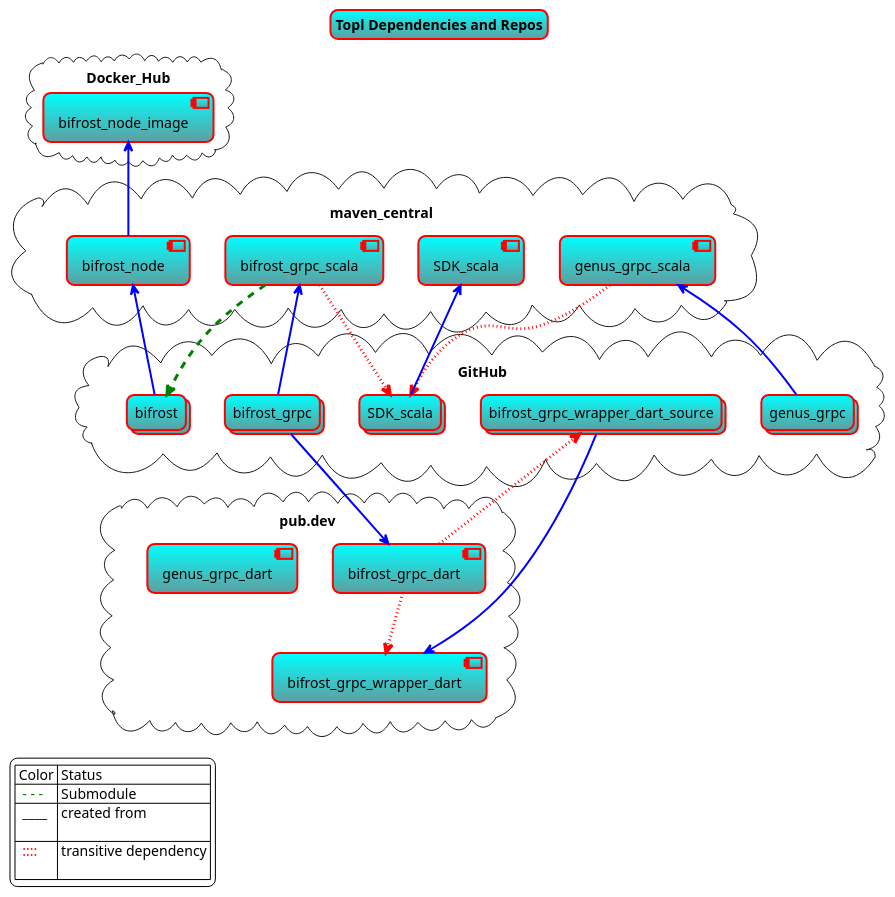
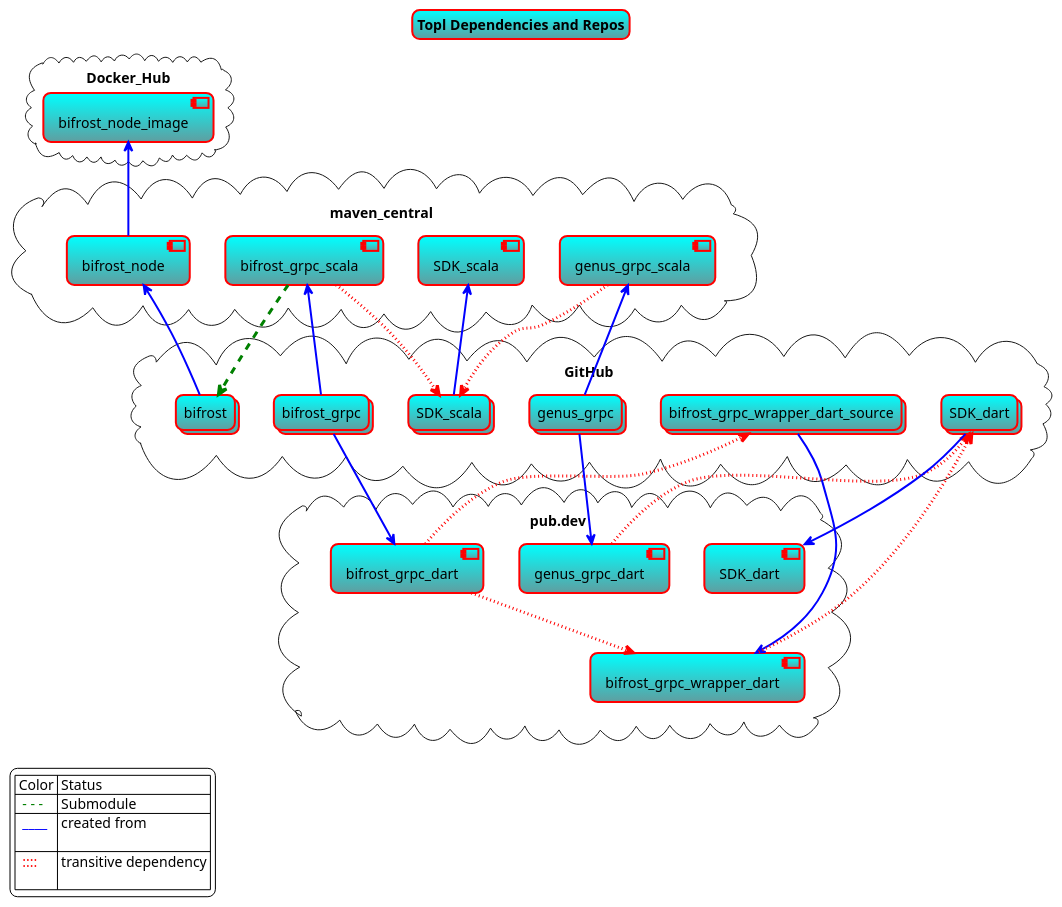
The diagram in dependencies.puml (mgrand-topl/PlantUML_Sandbox), drawn with PlantUML before and after one commit.

Commit message:
sdk_dart

```diff
--- a/dependencies.puml
+++ b/dependencies.puml
@@ -1,60 +1,66 @@
 @startuml
 skinparam titleBorderRoundCorner 15
 skinparam titleBorderThickness 2
 skinparam titleBorderColor red
 skinparam titleBackgroundColor Aqua-CadetBlue
 
 skinparam Legend {
     BackgroundColor #FFFFFF
     FontColor #000000
 }
 
 title Topl Dependencies and Repos
 
 cloud Docker_Hub {
   component bifrost_node_image
 }
 
 cloud GitHub {
   Collections "bifrost_grpc" as bg
   Collections bifrost_grpc_wrapper_dart_source
   Collections bifrost
   Collections SDK_scala
+  Collections SDK_dart
   Collections genus_grpc
 }
 cloud maven_central {
   component bifrost_grpc_scala
   component genus_grpc_scala
   component SDK_scala as SDK_scala.jar
   component bifrost_node
 }
 cloud pub.dev {
   component bifrost_grpc_dart
   component bifrost_grpc_wrapper_dart
   component genus_grpc_dart
+  component SDK_dart as SDK_dart_lib
 }
 bifrost_grpc_scala <-[#blue,thickness=2]- bg
 bg -[#blue,thickness=2]-> bifrost_grpc_dart
 bifrost_grpc_dart -[#red,dotted,thickness=3]-> bifrost_grpc_wrapper_dart
 bifrost_grpc_dart -[#red,dotted,thickness=3]-> bifrost_grpc_wrapper_dart_source
 bifrost_grpc_wrapper_dart_source -[#blue,thickness=2]-> bifrost_grpc_wrapper_dart
 bifrost_grpc_scala -[#green,dashed,thickness=3]-> bifrost
 bifrost_grpc_scala -[#red,dotted,thickness=3]-> SDK_scala
 genus_grpc -[#blue,thickness=2]-> genus_grpc_scala
 genus_grpc_scala -[#red,dotted,thickness=3]-> SDK_scala
 SDK_scala -[#blue,thickness=2]-> SDK_scala.jar
 bifrost -[#blue,thickness=2]-> bifrost_node
 bifrost_node_image <-[#blue,thickness=2]- bifrost_node
+genus_grpc -[#blue,thickness=2]-> genus_grpc_dart
+genus_grpc_dart -[#red,dotted,thickness=3]-> SDK_dart
+SDK_dart <-[#red,dotted,thickness=3]- bifrost_grpc_wrapper_dart
+SDK_dart -[#blue,thickness=2]-> SDK_dart_lib
 
 
 maven_central -[hidden]- GitHub
 GitHub -[hidden]----- pub.dev
 
 legend bottom left
   | Color | Status |
   | <color:#green> - - -| Submodule |
   | <color:#blue> ____\n| created from |
   | <color:red> ::::\n | transitive dependency |
 end legend
 
 @enduml
```
